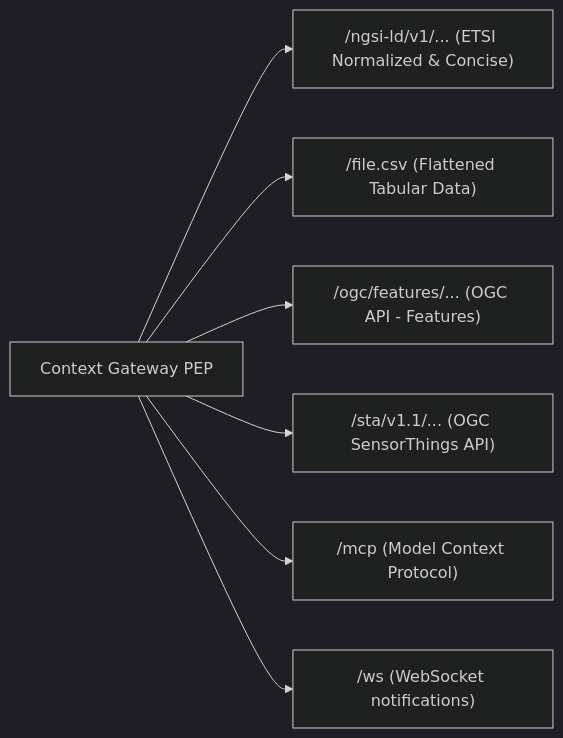
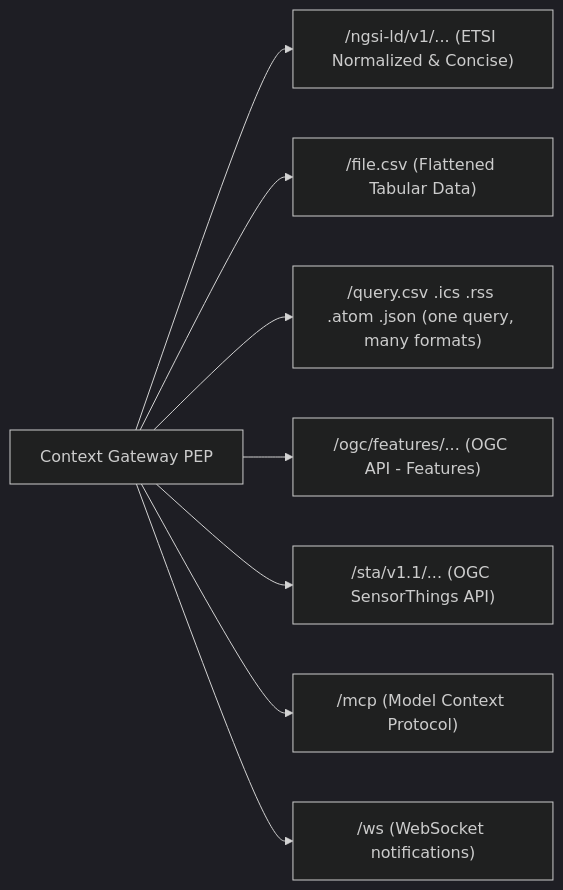
One commit to marek-mraz-jc/joinedcontext-docs changed the diagram in API/02-endpoint-representations.md. Above: the diagram before and after it, drawn with Mermaid (dark theme). The commit also changed other lines of this file and 4 other files, not shown here.

Commit message:
T-6754: Docs contract for one Endpoint query in many formats: query.csv/.ics/.rss/.atom/.json aliases with per-format allow-lists, admit gate 406, buffered 413 and strong ETag, stored presets, facets, EP-174..EP-179

````diff
--- a/API/02-endpoint-representations.md
+++ b/API/02-endpoint-representations.md
@@ -19,11 +19,12 @@
 ```mermaid
 flowchart LR
     GW["Context Gateway PEP"]
     
     GW --> R1["/ngsi-ld/v1/... (ETSI Normalized & Concise)"]
     GW --> R3["/file.csv (Flattened Tabular Data)"]
+    GW --> R4["/query.csv .ics .rss .atom .json (one query, many formats)"]
     GW --> R5["/ogc/features/... (OGC API - Features)"]
     GW --> R6["/sta/v1.1/... (OGC SensorThings API)"]
     GW --> R7["/mcp (Model Context Protocol)"]
     GW --> R8["/ws (WebSocket notifications)"]
 ```
````
